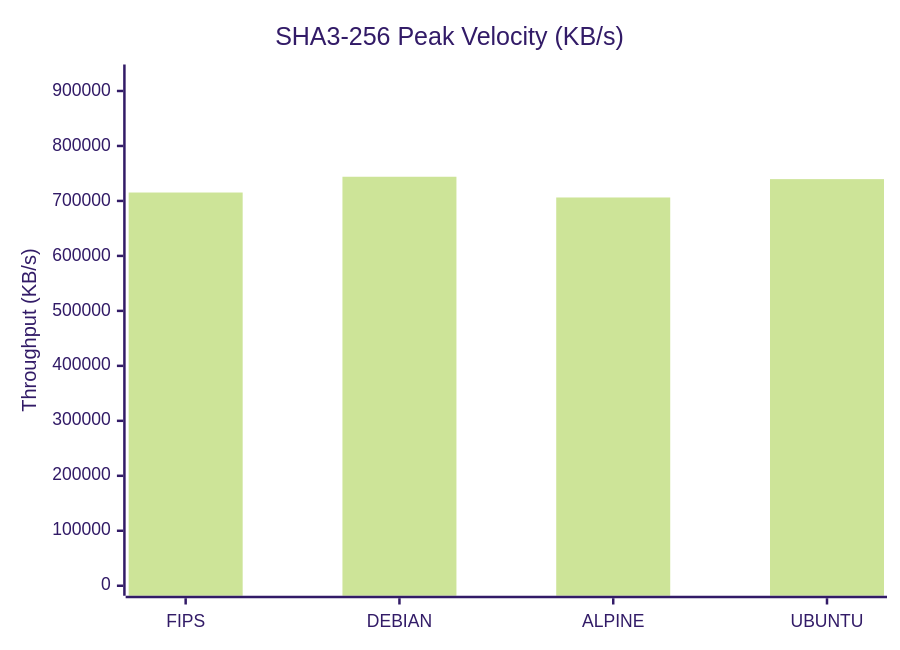
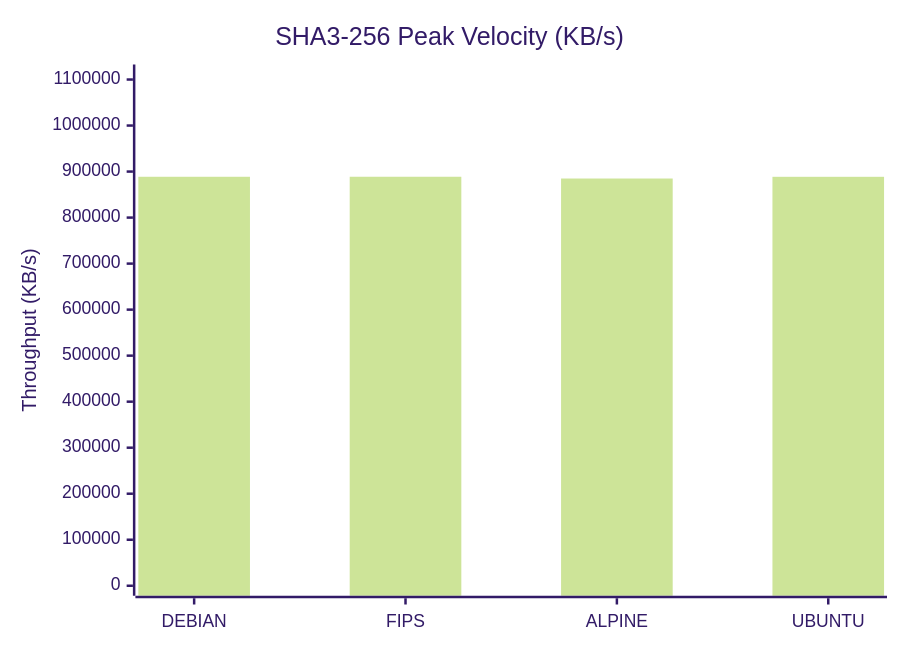
One commit to taha2samy/openssl_fips changed the third of 9 diagrams in docs/Comparison_Report.md. Above: the diagram before and after it, drawn with Mermaid (forest theme). The commit also changed other lines of this file and 2 other files, not shown here.

````diff
--- a/docs/Comparison_Report.md
+++ b/docs/Comparison_Report.md
@@ -88,7 +74,7 @@
 ```mermaid
 xychart-beta
     title "SHA3-256 Peak Velocity (KB/s)"
-    x-axis [FIPS, DEBIAN, ALPINE, UBUNTU]
-    y-axis "Throughput (KB/s)" 0 --> 929987
-    bar [715314.52, 743989.87, 706278.71, 739644.76]
+    x-axis [DEBIAN, FIPS, ALPINE, UBUNTU]
+    y-axis "Throughput (KB/s)" 0 --> 1110937
+    bar [888709.12, 888750.08, 884913.13, 888627.2]
 ```
````
